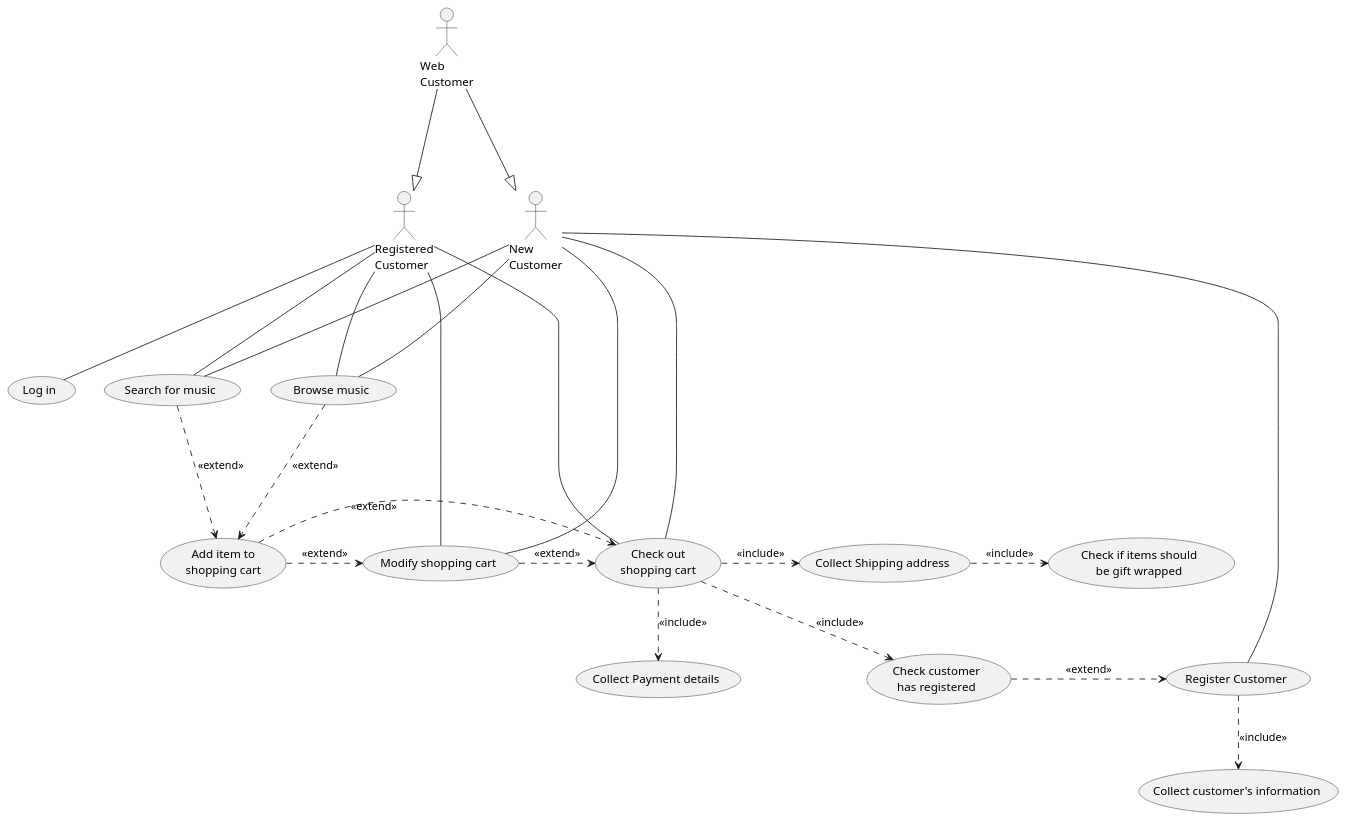
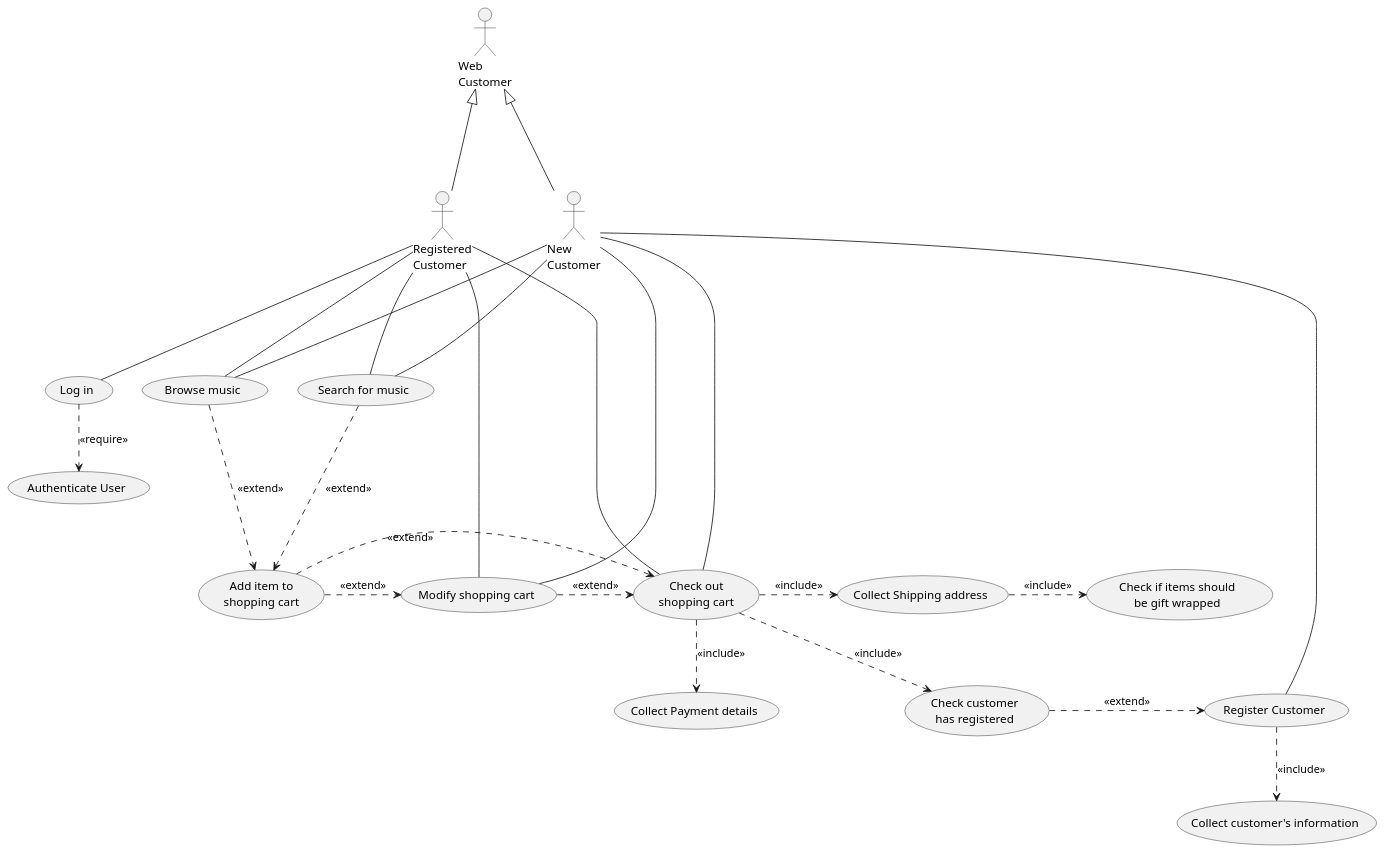
Before and after one commit to shaystevens/INFO201-assignments: the diagram in milestone2/onlineshopping.puml, drawn with PlantUML.

Commit message:
online shopping use case diagram done

```diff
--- a/milestone2/onlineshopping.puml
+++ b/milestone2/onlineshopping.puml
@@ -1,43 +1,46 @@
 @startuml onlineshopping
 actor :Registered\nCustomer: as RegisteredCustomer
 actor :New\nCustomer: as NewCustomer
 actor :Web\nCustomer: as WebCustomer
 
 usecase (Search for music) as SearchForMusic
 usecase (Browse music) as BrowseMusic
 usecase (Add item to\nshopping cart) as AddItem
 usecase (Modify shopping cart) as ModifyCart
 usecase (Check out\nshopping cart) as Checkout 
 usecase (Register Customer) as RegisterCustomer 
 usecase (Collect customer's information) as CollectCustomerInformation
 usecase (Check customer\nhas registered) as checkregister
 usecase (Collect Shipping address) as CollectAddress
 usecase (Collect Payment details) as CollectPayment
 usecase (Check if items should\nbe gift wrapped) as GiftWrap
 usecase (Log in) as Login
+usecase (Authenticate User) as Authenticate
 
 RegisteredCustomer --- Login
 NewCustomer -- RegisterCustomer
 RegisteredCustomer --- BrowseMusic
 NewCustomer --- BrowseMusic
 RegisteredCustomer --- SearchForMusic
 NewCustomer --- SearchForMusic
 AddItem .> Checkout : <<extend>>
 SearchForMusic ...> AddItem : <<extend>>
 BrowseMusic .> AddItem : <<extend>>
 RegisteredCustomer -- ModifyCart 
 NewCustomer -- ModifyCart
 ModifyCart .> Checkout : <<extend>>
 AddItem .> ModifyCart : <<extend>>
 NewCustomer -- Checkout
 RegisteredCustomer -- Checkout
-WebCustomer ---|> RegisteredCustomer
-WebCustomer ---|> NewCustomer
+WebCustomer <|--- RegisteredCustomer
+WebCustomer <|--- NewCustomer
 RegisterCustomer ..> CollectCustomerInformation : <<include>>
 Checkout ..> checkregister : <<include>>
 checkregister .> RegisterCustomer : <<extend>>
 Checkout .> CollectAddress : <<include>>
 CollectAddress .> GiftWrap : <<include>>
 Checkout ..> CollectPayment : <<include>>
+Login ..> Authenticate : <<require>>
+
 
 @enduml
```
